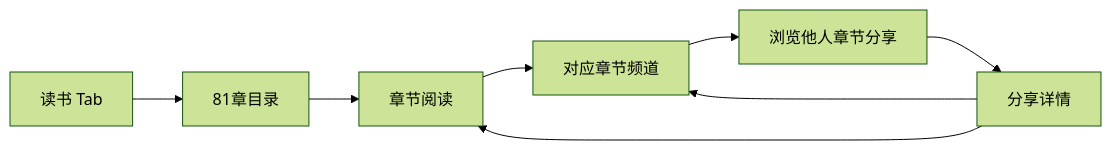
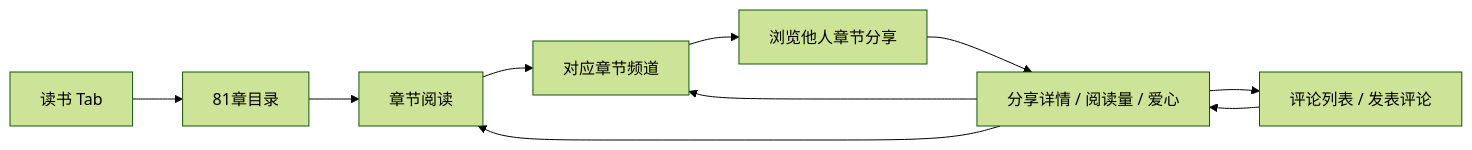
Before and after one commit to yipengmu/daodejing: the third of 6 diagrams in docs/product-page-flow-spec.md, drawn with Mermaid (forest theme). The commit also changed other lines of this file and 14 other files, not shown here.

````diff
--- a/docs/product-page-flow-spec.md
+++ b/docs/product-page-flow-spec.md
@@ -175,10 +203,12 @@
 ```mermaid
 flowchart LR
   Read[读书 Tab] --> Catalog[81章目录]
   Catalog --> Chapter[章节阅读]
   Chapter --> Channel[对应章节频道]
   Channel --> ShareCard[浏览他人章节分享]
-  ShareCard --> ShareDetail[分享详情]
+  ShareCard --> ShareDetail[分享详情 / 阅读量 / 爱心]
+  ShareDetail --> Comments[评论列表 / 发表评论]
+  Comments --> ShareDetail
   ShareDetail --> Channel
   ShareDetail --> Chapter
 ```
````
